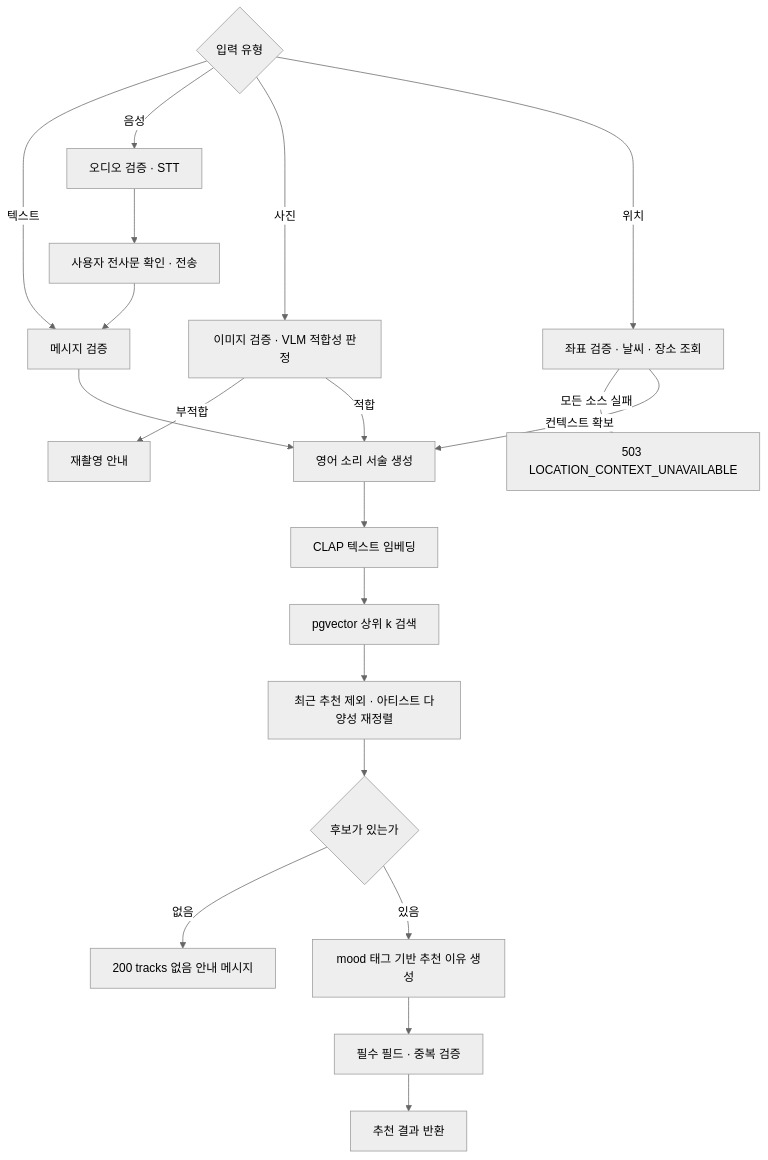
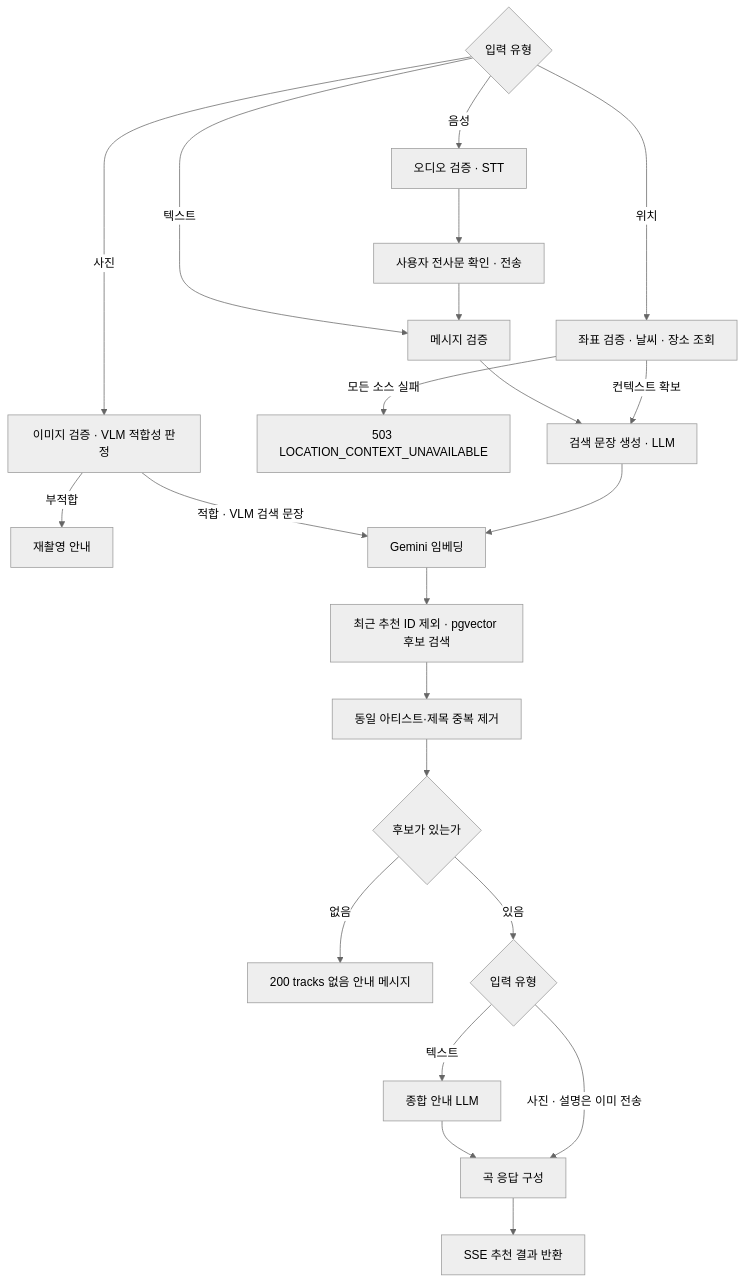
Before and after one commit to 100-hours-a-week/KTB4-18th-AI: the fourth of 4 diagrams in docs/wiki/week2/08-최종 통합 설계 및 회고.md, drawn with Mermaid (neutral theme). The commit also changed other lines of this file and 24 other files, not shown here.

````diff
--- a/docs/wiki/week2/08-최종 통합 설계 및 회고.md
+++ b/docs/wiki/week2/08-최종 통합 설계 및 회고.md
@@ -157,28 +162,30 @@
 ```mermaid
 flowchart TB
     INPUT{입력 유형}
 
     INPUT -->|텍스트| TEXT[메시지 검증]
     INPUT -->|음성| VOICE[오디오 검증 · STT]
     VOICE --> CONFIRM[사용자 전사문 확인 · 전송]
     CONFIRM --> TEXT
 
     INPUT -->|사진| IMAGE[이미지 검증 · VLM 적합성 판정]
     INPUT -->|위치| LOC[좌표 검증 · 날씨 · 장소 조회]
 
     IMAGE -->|부적합| REJECT[재촬영 안내]
     LOC -->|모든 소스 실패| ERR[503 LOCATION_CONTEXT_UNAVAILABLE]
 
-    TEXT --> SD[영어 소리 서술 생성]
-    IMAGE -->|적합| SD
+    TEXT --> SD[검색 문장 생성 · LLM]
+    IMAGE -->|적합 · VLM 검색 문장| EMB
     LOC -->|컨텍스트 확보| SD
 
-    SD --> EMB[CLAP 텍스트 임베딩]
-    EMB --> SEARCH[pgvector 상위 k 검색]
-    SEARCH --> RERANK[최근 추천 제외 · 아티스트 다양성 재정렬]
+    SD --> EMB[Gemini 임베딩]
+    EMB --> SEARCH[최근 추천 ID 제외 · pgvector 후보 검색]
+    SEARCH --> RERANK[동일 아티스트·제목 중복 제거]
     RERANK --> EMPTY{후보가 있는가}
     EMPTY -->|없음| NONE[200 tracks 없음 안내 메시지]
-    EMPTY -->|있음| REASON[mood 태그 기반 추천 이유 생성]
-    REASON --> VALID[필수 필드 · 중복 검증]
-    VALID --> RESULT[추천 결과 반환]
+    EMPTY -->|있음| KIND{입력 유형}
+    KIND -->|텍스트| ANSWER[종합 안내 LLM]
+    ANSWER --> VALID[곡 응답 구성]
+    KIND -->|사진 · 설명은 이미 전송| VALID
+    VALID --> RESULT[SSE 추천 결과 반환]
 ```
````
